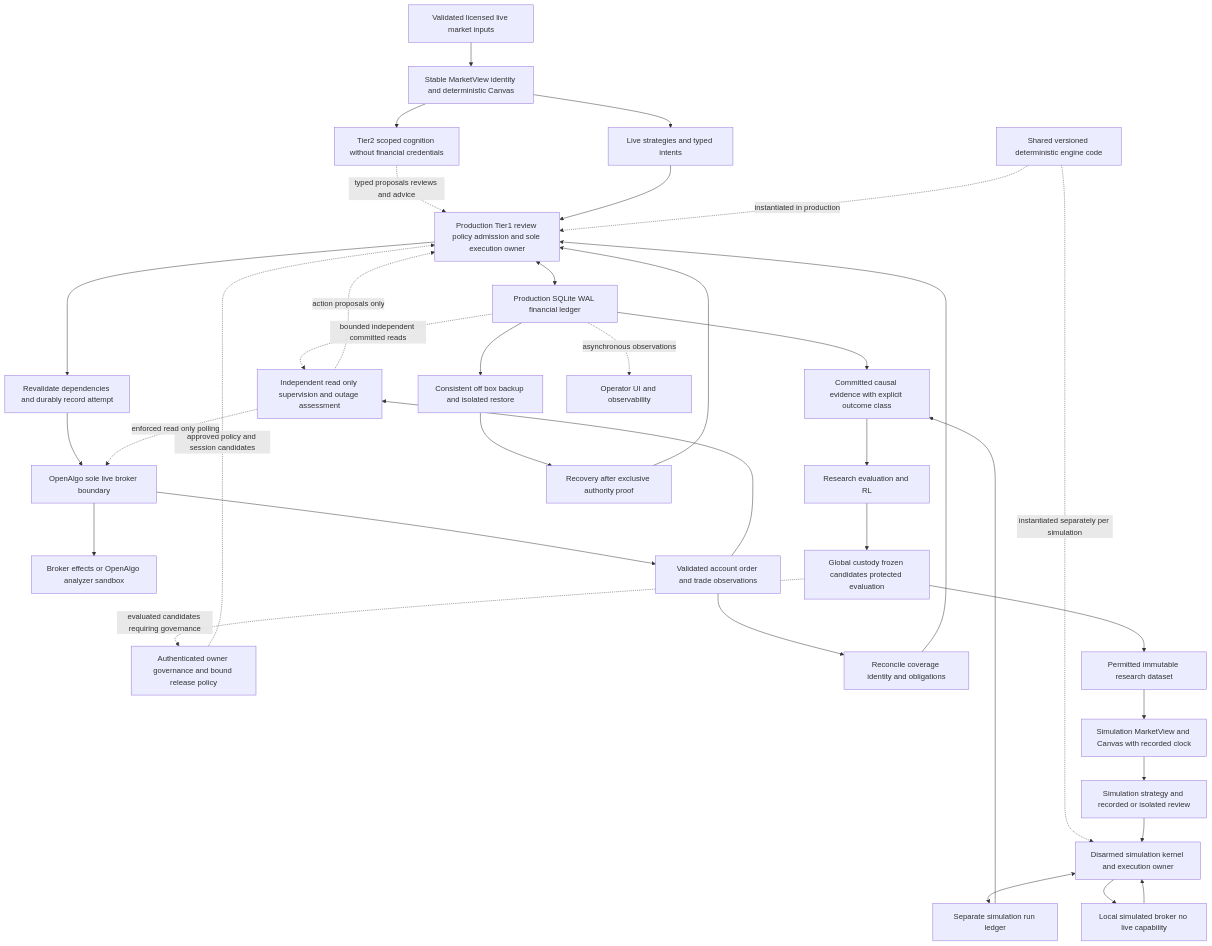
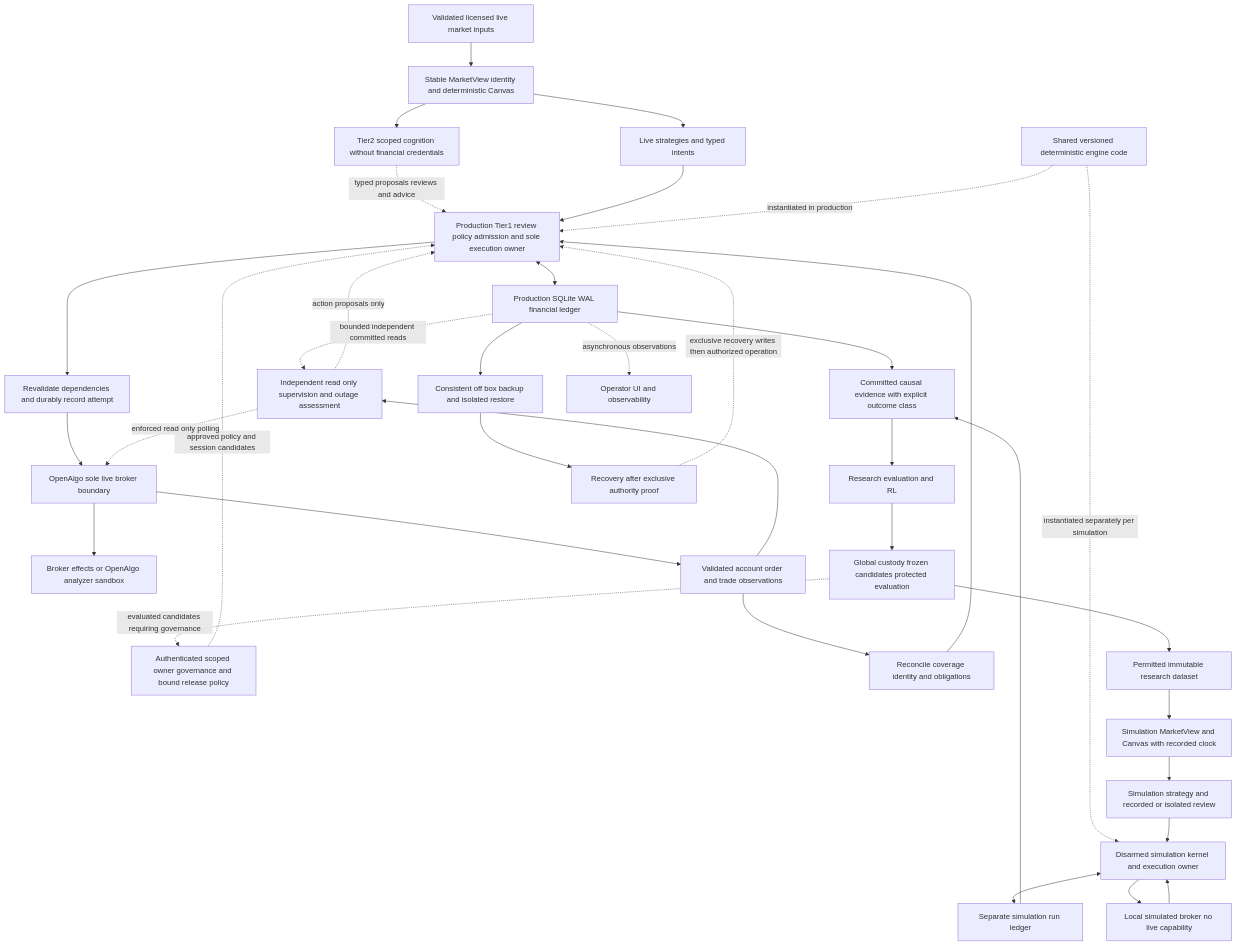
Before and after one commit to manojvermamv/AutonomousTradingArchitect: the second of 3 diagrams in README.md, drawn with Mermaid. The commit also changed other lines of this file and 1 other file, not shown here.

Commit message:
Record accepted A04-A06 recovery extension and security contracts

````diff
--- a/README.md
+++ b/README.md
@@ -371,38 +409,38 @@
 ```mermaid
 flowchart TB
   INPUT[Validated licensed live market inputs] --> MARKET[Stable MarketView identity and deterministic Canvas]
   MARKET --> DECIDE[Live strategies and typed intents]
   MARKET --> COG[Tier2 scoped cognition without financial credentials]
   COG -. typed proposals reviews and advice .-> KERNEL
   DECIDE --> KERNEL[Production Tier1 review policy admission and sole execution owner]
-  OWNER[Authenticated owner governance and bound release policy] -. approved policy and session candidates .-> KERNEL
+  OWNER[Authenticated scoped owner governance and bound release policy] -. approved policy and session candidates .-> KERNEL
   KERNEL <--> LEDGER[Production SQLite WAL financial ledger]
   KERNEL --> DISPATCH[Revalidate dependencies and durably record attempt]
   DISPATCH --> OA[OpenAlgo sole live broker boundary]
   OA --> EFFECT[Broker effects or OpenAlgo analyzer sandbox]
   OA --> OBS[Validated account order and trade observations]
   OBS --> SUP[Independent read only supervision and outage assessment]
   LEDGER -. bounded independent committed reads .-> SUP
   SUP -. enforced read only polling .-> OA
   OBS --> RECON[Reconcile coverage identity and obligations]
   RECON --> KERNEL
   SUP -. action proposals only .-> KERNEL
   CODE[Shared versioned deterministic engine code] -. instantiated in production .-> KERNEL
   CODE -. instantiated separately per simulation .-> SKERNEL
   DEV[Permitted immutable research dataset] --> SVIEW[Simulation MarketView and Canvas with recorded clock]
   SVIEW --> SDEC[Simulation strategy and recorded or isolated review]
   SDEC --> SKERNEL[Disarmed simulation kernel and execution owner]
   SKERNEL <--> SLEDGER[Separate simulation run ledger]
   SKERNEL --> SBROKER[Local simulated broker no live capability]
   SBROKER --> SKERNEL
   LEDGER --> EV[Committed causal evidence with explicit outcome class]
   SLEDGER --> EV
   EV --> LAB[Research evaluation and RL]
   LAB --> CUSTODY[Global custody frozen candidates protected evaluation]
   CUSTODY --> DEV
   CUSTODY -. evaluated candidates requiring governance .-> OWNER
   LEDGER --> BACKUP[Consistent off box backup and isolated restore]
   BACKUP --> REC[Recovery after exclusive authority proof]
-  REC --> KERNEL
+  REC -. exclusive recovery writes then authorized operation .-> KERNEL
   LEDGER -. asynchronous observations .-> UI[Operator UI and observability]
 ```
````
